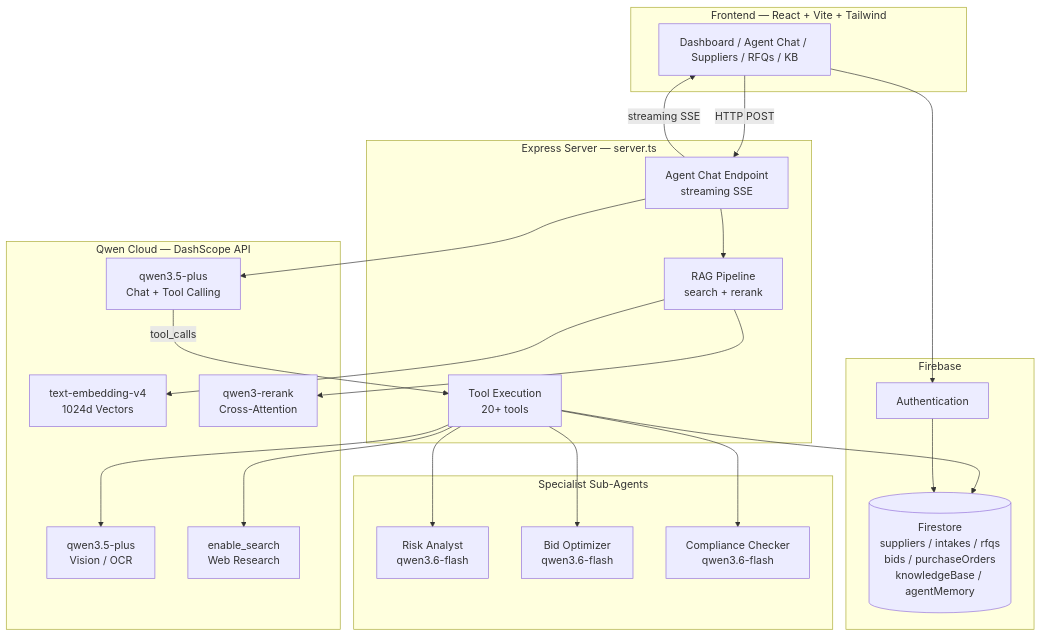
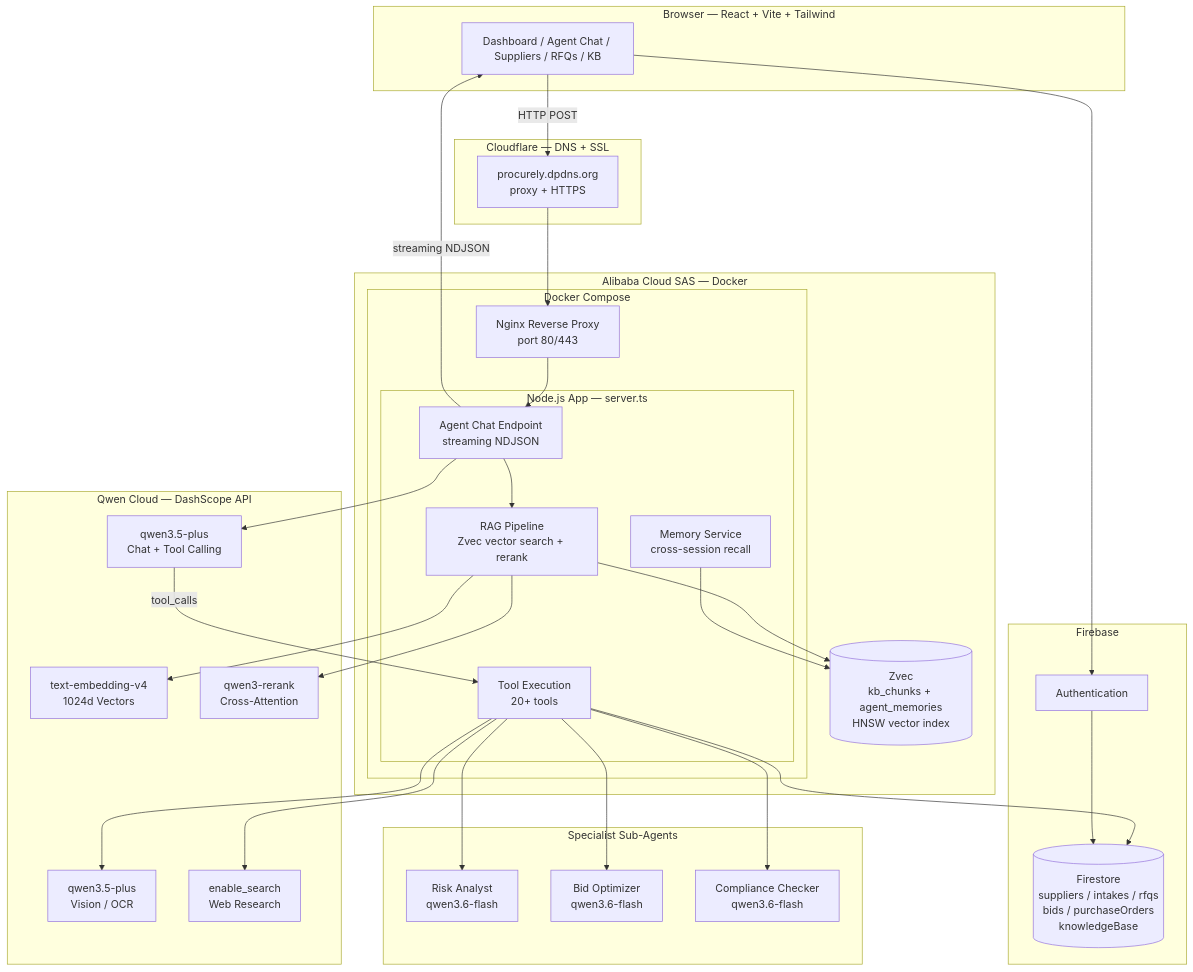
Before and after one commit to AlbertNjobo/procurely: the first of 4 diagrams in docs/architecture.md, drawn with Mermaid. The commit also changed other lines of this file and 3 other files, not shown here.

Commit message:
update : Reconfigured Architecture DIagram

````diff
--- a/docs/architecture.md
+++ b/docs/architecture.md
@@ -5,47 +5,62 @@
 ```mermaid
 graph TB
-    subgraph Frontend["Frontend — React + Vite + Tailwind"]
+    subgraph Browser["Browser — React + Vite + Tailwind"]
         UI[Dashboard / Agent Chat / Suppliers / RFQs / KB]
     end
 
-    subgraph Server["Express Server — server.ts"]
-        Agent[Agent Chat Endpoint<br/>streaming SSE]
-        RAG[RAG Pipeline<br/>search + rerank]
-        Tools[Tool Execution<br/>20+ tools]
+    subgraph Alibaba["Alibaba Cloud SAS — Docker"]
+        subgraph Docker["Docker Compose"]
+            NGINX[Nginx Reverse Proxy<br/>port 80/443]
+            subgraph App["Node.js App — server.ts"]
+                Agent[Agent Chat Endpoint<br/>streaming NDJSON]
+                RAG[RAG Pipeline<br/>Zvec vector search + rerank]
+                Tools[Tool Execution<br/>20+ tools]
+                Memory[Memory Service<br/>cross-session recall]
+            end
+        end
+        ZVEC[(Zvec<br/>kb_chunks + agent_memories<br/>HNSW vector index)]
+    end
+
+    subgraph Cloudflare["Cloudflare — DNS + SSL"]
+        DNS[procurely.dpdns.org<br/>proxy + HTTPS]
     end
 
     subgraph QwenCloud["Qwen Cloud — DashScope API"]
         Chat[qwen3.5-plus<br/>Chat + Tool Calling]
         Embed[text-embedding-v4<br/>1024d Vectors]
         Rerank[qwen3-rerank<br/>Cross-Attention]
         Vision[qwen3.5-plus<br/>Vision / OCR]
         Search[enable_search<br/>Web Research]
     end
 
     subgraph Firebase["Firebase"]
         Auth[Authentication]
-        FS[(Firestore<br/>suppliers / intakes / rfqs<br/>bids / purchaseOrders<br/>knowledgeBase / agentMemory)]
+        FS[(Firestore<br/>suppliers / intakes / rfqs<br/>bids / purchaseOrders<br/>knowledgeBase)]
     end
 
     subgraph Specialist["Specialist Sub-Agents"]
         Risk[Risk Analyst<br/>qwen3.6-flash]
         Bid[Bid Optimizer<br/>qwen3.6-flash]
         Compliance[Compliance Checker<br/>qwen3.6-flash]
     end
 
-    UI -->|HTTP POST| Agent
-    Agent -->|streaming SSE| UI
+    DNS --> NGINX
+    NGINX --> Agent
+    UI -->|HTTP POST| DNS
+    Agent -->|streaming NDJSON| UI
     Agent --> Chat
     Chat -->|tool_calls| Tools
     Tools --> FS
     Tools --> Vision
     Tools --> Search
     RAG --> Embed
     RAG --> Rerank
     Agent --> RAG
+    RAG --> ZVEC
+    Memory --> ZVEC
     Tools --> Risk
     Tools --> Bid
     Tools --> Compliance
     UI --> Auth
     Auth --> FS
 ```
````
